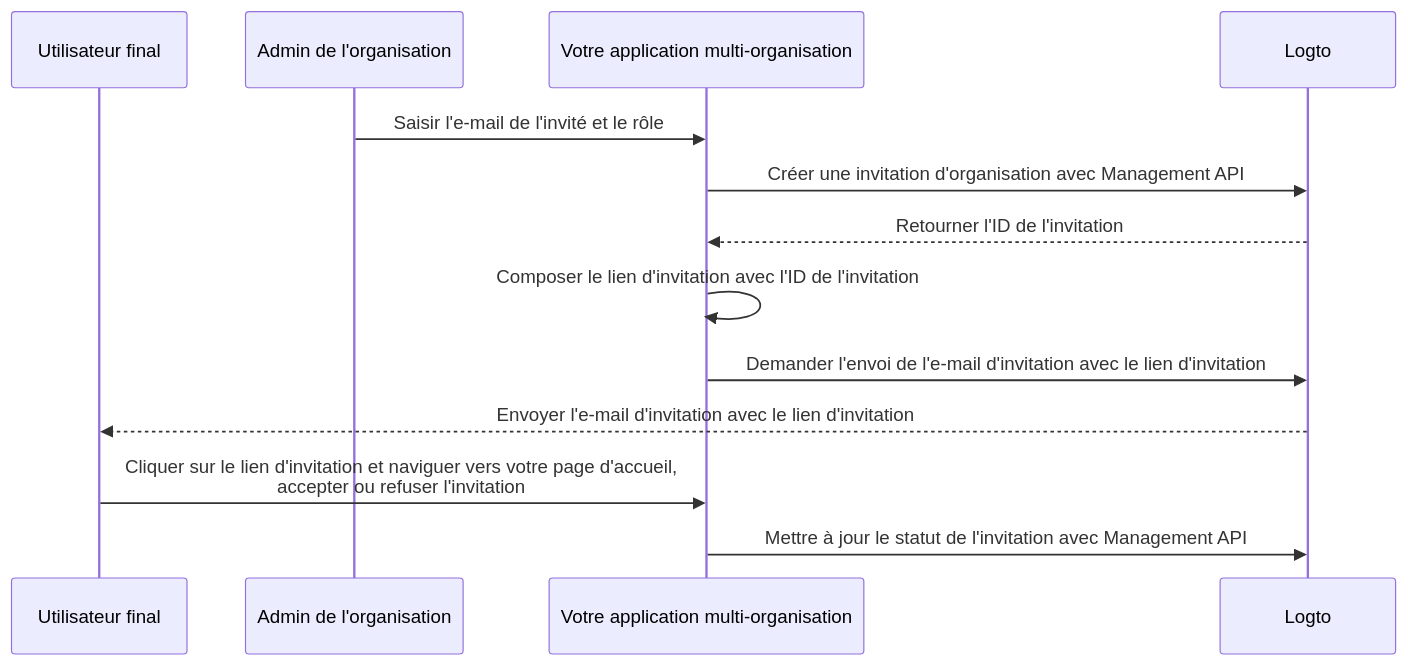
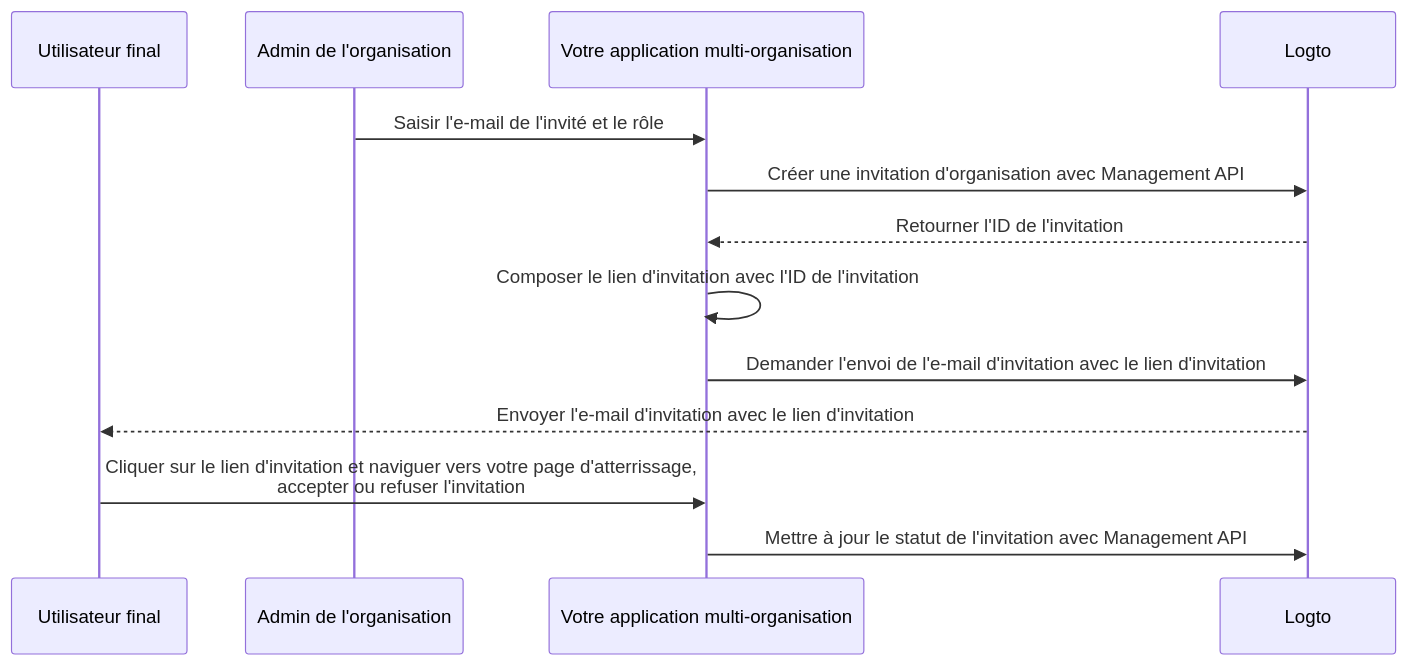
One commit to logto-io/docs changed the diagram in i18n/fr/docusaurus-plugin-content-docs/current/end-user-flows/organization-experience/invite-organization-members.mdx. Above: the diagram before and after it, drawn with Mermaid. The commit also changed other lines of this file and 16 other files, not shown here.

````diff
--- a/i18n/fr/docusaurus-plugin-content-docs/current/end-user-flows/organization-experience/invite-organization-members.mdx
+++ b/i18n/fr/docusaurus-plugin-content-docs/current/end-user-flows/organization-experience/invite-organization-members.mdx
@@ -13,16 +13,16 @@
 ```mermaid
 sequenceDiagram
 	Participant U as Utilisateur final
   Participant A as Admin de l'organisation
   Participant C as Votre application multi-organisation
 	Participant L as Logto
 
   A ->> C: Saisir l'e-mail de l'invité et le rôle
   C ->> L: Créer une invitation d'organisation avec Management API
   L -->> C: Retourner l'ID de l'invitation
   C ->> C: Composer le lien d'invitation avec l'ID de l'invitation
   C ->> L: Demander l'envoi de l'e-mail d'invitation avec le lien d'invitation
   L -->> U: Envoyer l'e-mail d'invitation avec le lien d'invitation
-  U ->> C: Cliquer sur le lien d'invitation et naviguer vers votre page d'accueil,<br /> accepter ou refuser l'invitation
+  U ->> C: Cliquer sur le lien d'invitation et naviguer vers votre page d'atterrissage,<br /> accepter ou refuser l'invitation
   C ->> L: Mettre à jour le statut de l'invitation avec Management API
 ```
````
